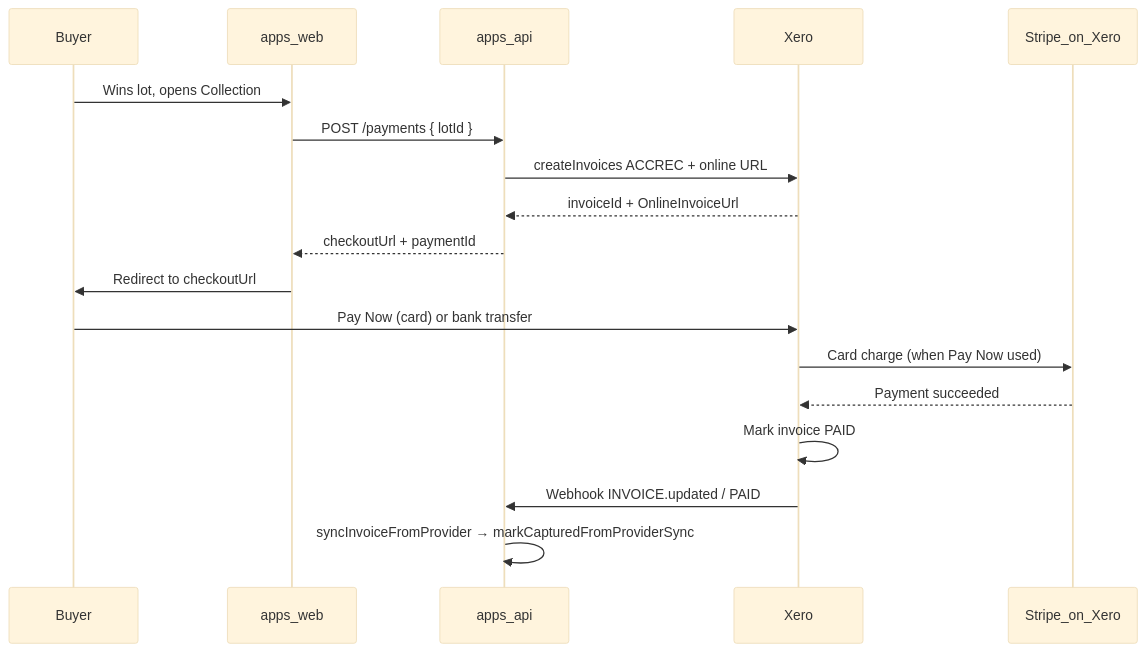
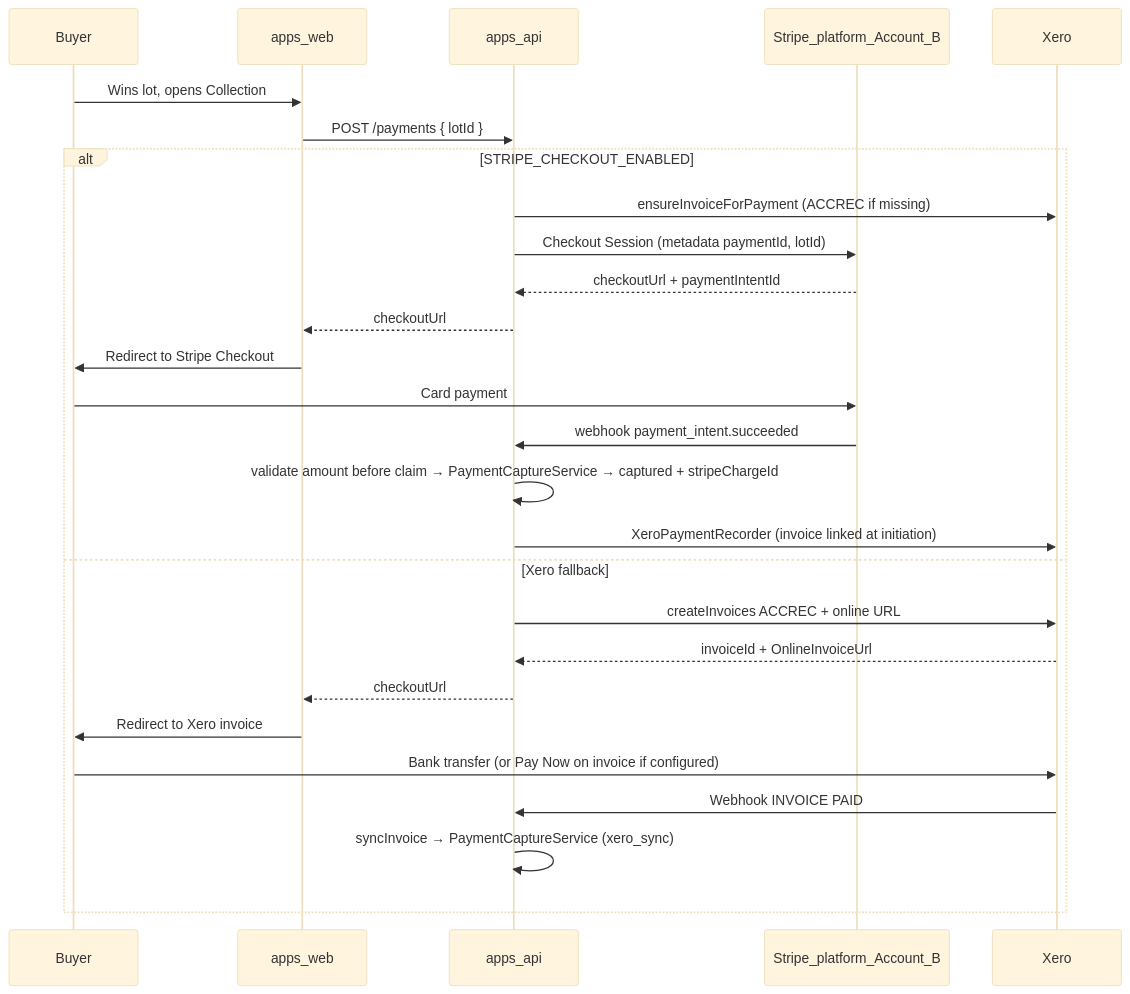
Before and after one commit to LAX-UK/monorepo: the diagram in docs/runbooks/buyer-payment-flow.md, drawn with Mermaid (base theme). The commit also changed other lines of this file and 73 other files, not shown here.

First line of the commit message:
fix(money): harden Stripe checkout, settlement, and Xero accounting paths

````diff
--- a/docs/runbooks/buyer-payment-flow.md
+++ b/docs/runbooks/buyer-payment-flow.md
@@ -7,21 +7,30 @@
 ```mermaid
 sequenceDiagram
   participant Buyer
   participant Web as apps_web
   participant API as apps_api
+  participant Stripe as Stripe_platform_Account_B
   participant Xero
-  participant Stripe as Stripe_on_Xero
 
   Buyer->>Web: Wins lot, opens Collection
   Web->>API: POST /payments { lotId }
-  API->>Xero: createInvoices ACCREC + online URL
-  Xero-->>API: invoiceId + OnlineInvoiceUrl
-  API-->>Web: checkoutUrl + paymentId
-  Web->>Buyer: Redirect to checkoutUrl
-  Buyer->>Xero: Pay Now (card) or bank transfer
-  Xero->>Stripe: Card charge (when Pay Now used)
-  Stripe-->>Xero: Payment succeeded
-  Xero->>Xero: Mark invoice PAID
-  Xero->>API: Webhook INVOICE.updated / PAID
-  API->>API: syncInvoiceFromProvider → markCapturedFromProviderSync
+  alt STRIPE_CHECKOUT_ENABLED
+    API->>Xero: ensureInvoiceForPayment (ACCREC if missing)
+    API->>Stripe: Checkout Session (metadata paymentId, lotId)
+    Stripe-->>API: checkoutUrl + paymentIntentId
+    API-->>Web: checkoutUrl
+    Web->>Buyer: Redirect to Stripe Checkout
+    Buyer->>Stripe: Card payment
+    Stripe->>API: webhook payment_intent.succeeded
+    API->>API: validate amount before claim → PaymentCaptureService → captured + stripeChargeId
+    API->>Xero: XeroPaymentRecorder (invoice linked at initiation)
+  else Xero fallback
+    API->>Xero: createInvoices ACCREC + online URL
+    Xero-->>API: invoiceId + OnlineInvoiceUrl
+    API-->>Web: checkoutUrl
+    Web->>Buyer: Redirect to Xero invoice
+    Buyer->>Xero: Bank transfer (or Pay Now on invoice if configured)
+    Xero->>API: Webhook INVOICE PAID
+    API->>API: syncInvoice → PaymentCaptureService (xero_sync)
+  end
 ```
````
